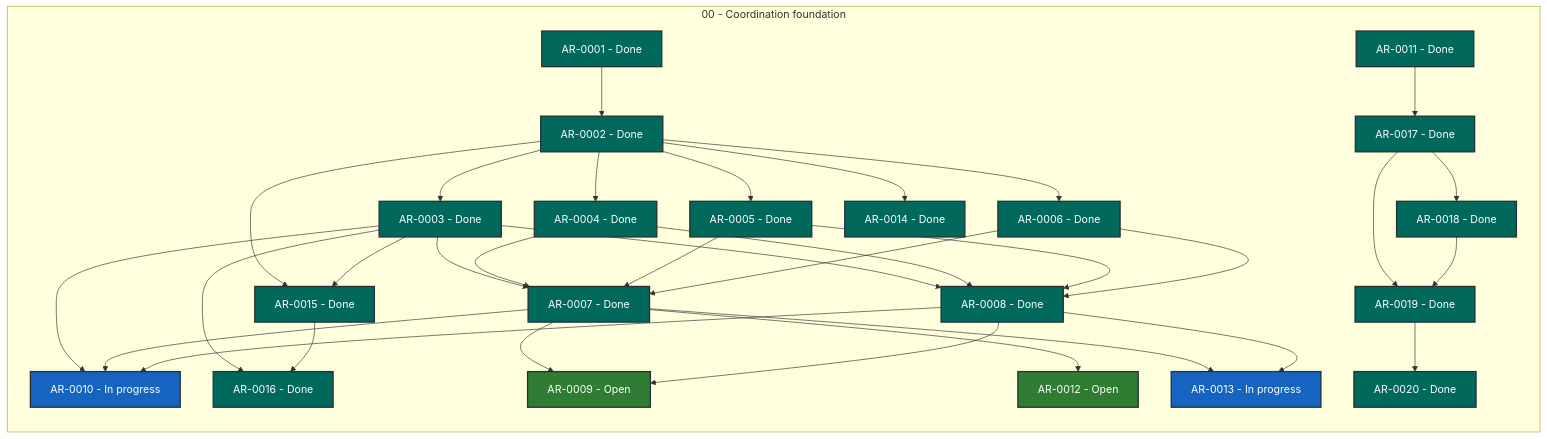
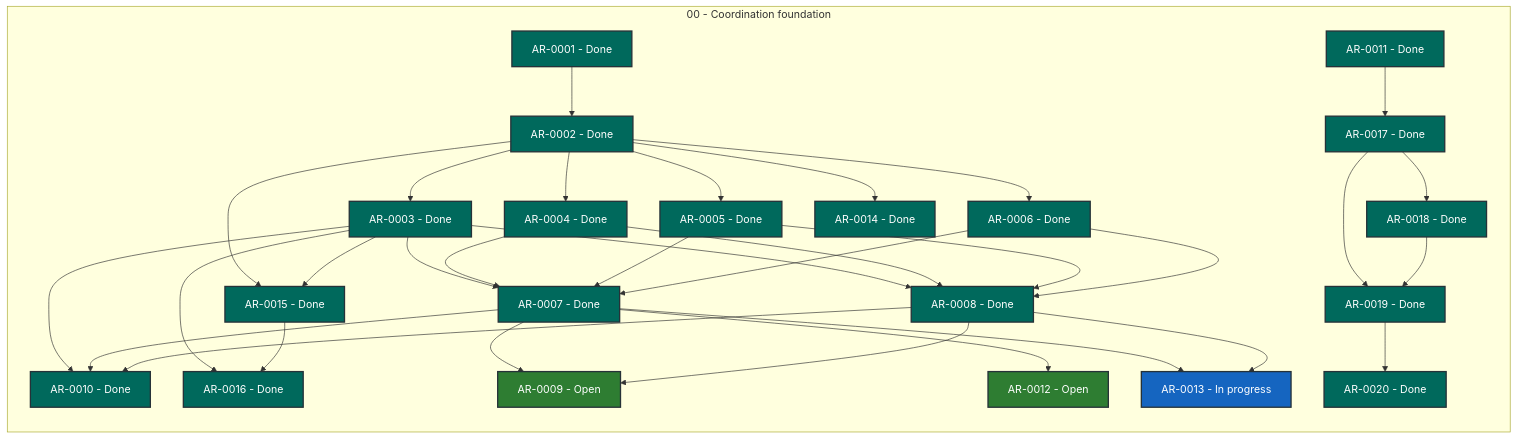
One commit to martin-beck/agent-workflow-coordinator-state changed the diagram in STATUS.md. Above: the diagram before and after it, drawn with Mermaid. The commit also changed other lines of this file and 2 other files, not shown here.

````diff
--- a/STATUS.md
+++ b/STATUS.md
@@ -27,65 +27,65 @@
 ```mermaid
 flowchart LR
     subgraph series_00["00 - Coordination foundation"]
         direction TB
         AR_0001["AR-0001 - Done"]:::status_done
         AR_0002["AR-0002 - Done"]:::status_done
         AR_0003["AR-0003 - Done"]:::status_done
         AR_0004["AR-0004 - Done"]:::status_done
         AR_0005["AR-0005 - Done"]:::status_done
         AR_0006["AR-0006 - Done"]:::status_done
         AR_0007["AR-0007 - Done"]:::status_done
         AR_0008["AR-0008 - Done"]:::status_done
         AR_0009["AR-0009 - Open"]:::status_open
-        AR_0010["AR-0010 - In progress"]:::status_in_progress
+        AR_0010["AR-0010 - Done"]:::status_done
         AR_0011["AR-0011 - Done"]:::status_done
         AR_0012["AR-0012 - Open"]:::status_open
         AR_0013["AR-0013 - In progress"]:::status_in_progress
         AR_0014["AR-0014 - Done"]:::status_done
         AR_0015["AR-0015 - Done"]:::status_done
         AR_0016["AR-0016 - Done"]:::status_done
         AR_0017["AR-0017 - Done"]:::status_done
         AR_0018["AR-0018 - Done"]:::status_done
         AR_0019["AR-0019 - Done"]:::status_done
         AR_0020["AR-0020 - Done"]:::status_done
     end
     AR_0001 --> AR_0002
     AR_0002 --> AR_0003
     AR_0002 --> AR_0004
     AR_0002 --> AR_0005
     AR_0002 --> AR_0006
     AR_0002 --> AR_0014
     AR_0002 --> AR_0015
     AR_0003 --> AR_0007
     AR_0003 --> AR_0008
     AR_0003 --> AR_0010
     AR_0003 --> AR_0015
     AR_0003 --> AR_0016
     AR_0004 --> AR_0007
     AR_0004 --> AR_0008
     AR_0005 --> AR_0007
     AR_0005 --> AR_0008
     AR_0006 --> AR_0007
     AR_0006 --> AR_0008
     AR_0007 --> AR_0009
     AR_0007 --> AR_0010
     AR_0007 --> AR_0012
     AR_0007 --> AR_0013
     AR_0008 --> AR_0009
     AR_0008 --> AR_0010
     AR_0008 --> AR_0013
     AR_0011 --> AR_0017
     AR_0015 --> AR_0016
     AR_0017 --> AR_0018
     AR_0017 --> AR_0019
     AR_0018 --> AR_0019
     AR_0019 --> AR_0020
     classDef status_in_progress fill:#1565c0,color:#ffffff,stroke:#263238,stroke-width:2px
     classDef status_open fill:#2e7d32,color:#ffffff,stroke:#263238,stroke-width:2px
     classDef status_blocked fill:#c62828,color:#ffffff,stroke:#263238,stroke-width:2px
     classDef status_planned fill:#6a1b9a,color:#ffffff,stroke:#263238,stroke-width:2px
     classDef status_future fill:#455a64,color:#ffffff,stroke:#263238,stroke-width:2px
     classDef status_done fill:#00695c,color:#ffffff,stroke:#263238,stroke-width:2px
     classDef status_cancelled fill:#616161,color:#ffffff,stroke:#263238,stroke-width:2px
     classDef status_superseded fill:#5d4037,color:#ffffff,stroke:#263238,stroke-width:2px
 ```
````
